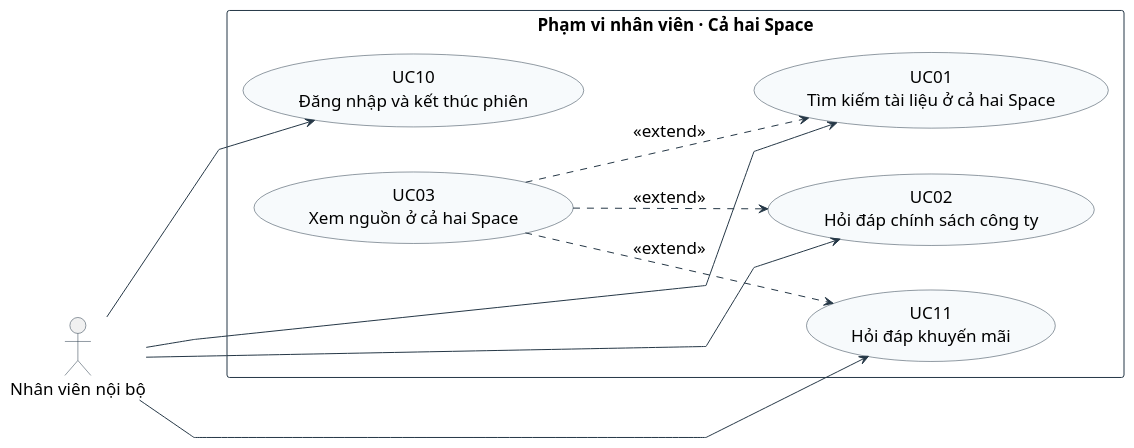
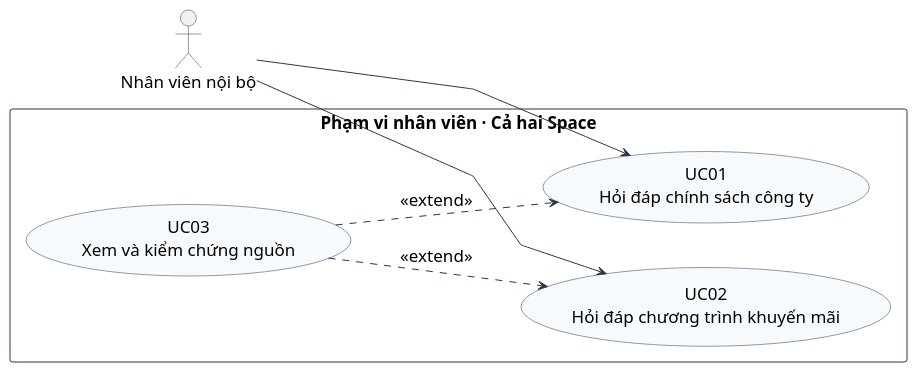
The diagram in docs/use-cases/diagrams/02-usecase-nhan-vien.puml (21tuoino12trieu/Do-An-Ki-Su), drawn with PlantUML before and after one commit. The commit also changed 13 other files, not shown here.

```diff
--- a/docs/use-cases/diagrams/02-usecase-nhan-vien.puml
+++ b/docs/use-cases/diagrams/02-usecase-nhan-vien.puml
@@ -1,32 +1,27 @@
 @startuml 02-usecase-nhan-vien
 
 left to right direction
 skinparam shadowing false
 skinparam linetype polyline
 skinparam nodesep 45
 skinparam ranksep 95
 skinparam defaultFontName Arial
 skinparam defaultFontSize 17
 skinparam actorStyle stickman
 skinparam BackgroundColor white
 skinparam ArrowColor #253746
 skinparam usecaseBackgroundColor #F7FAFC
 skinparam usecaseBorderColor #253746
 skinparam rectangleBorderColor #253746
 skinparam actorBorderColor #253746
 actor "Nhân viên nội bộ" as NV
 rectangle "Phạm vi nhân viên · Cả hai Space" as INTERNAL {
-  usecase "UC10\nĐăng nhập và kết thúc phiên" as N10
-  usecase "UC01\nTìm kiếm tài liệu ở cả hai Space" as N01
-  usecase "UC02\nHỏi đáp chính sách công ty" as N02
-  usecase "UC11\nHỏi đáp khuyến mãi" as N11
-  usecase "UC03\nXem nguồn ở cả hai Space" as N03
+  usecase "UC01\nHỏi đáp chính sách công ty" as N01
+  usecase "UC02\nHỏi đáp chương trình khuyến mãi" as N02
+  usecase "UC03\nXem và kiểm chứng nguồn" as N03
 }
-NV --> N10
 NV --> N01
 NV --> N02
-NV --> N11
 N03 ..> N01 : <<extend>>
 N03 ..> N02 : <<extend>>
-N03 ..> N11 : <<extend>>
 @enduml
```
